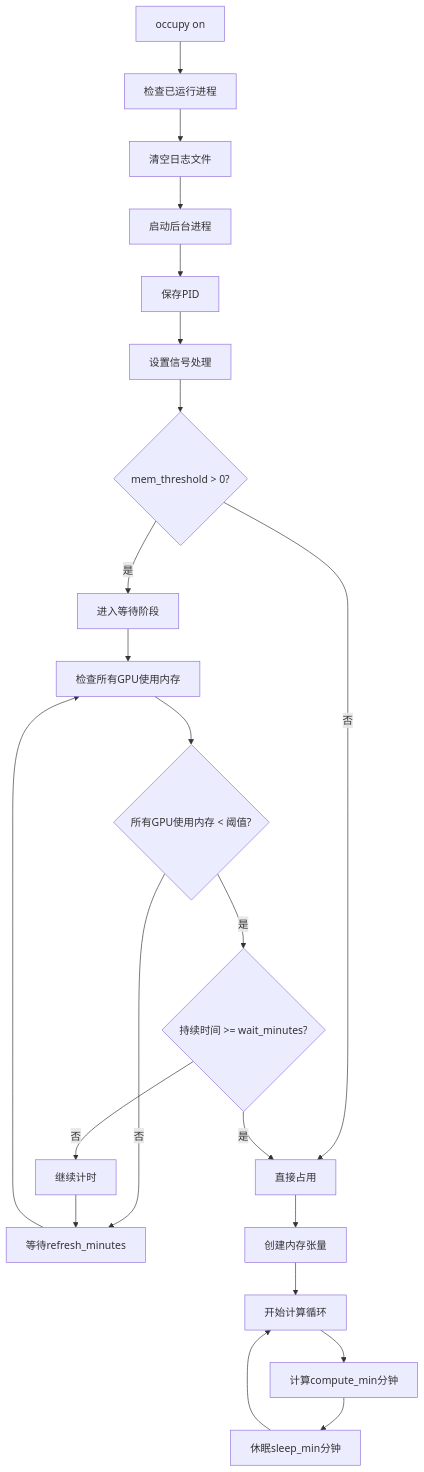
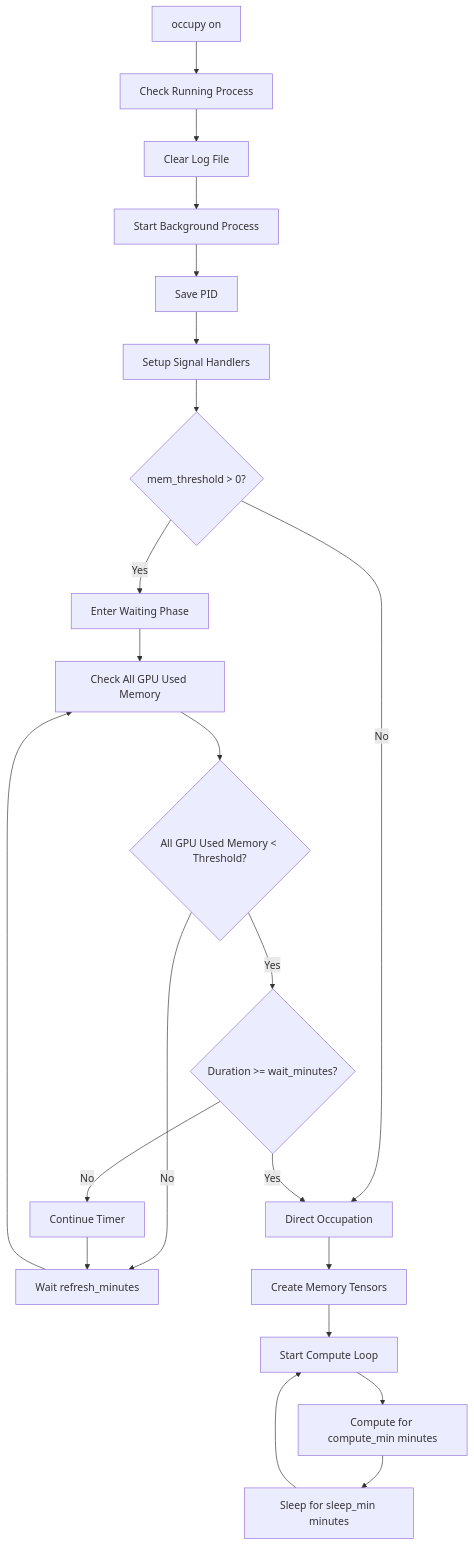
The diagram in README.md (X1AOX1A/silicon-shepherd), drawn with Mermaid before and after one commit. The commit also changed other lines of this file, not shown here.

````diff
--- a/README.md
+++ b/README.md
@@ -103,29 +103,29 @@
 ```mermaid
 graph TD
-    A[occupy on] --> B[检查已运行进程]
-    B --> C[清空日志文件]
-    C --> D[启动后台进程]
-    D --> E[保存PID]
-    E --> F[设置信号处理]
+    A[occupy on] --> B[Check Running Process]
+    B --> C[Clear Log File]
+    C --> D[Start Background Process]
+    D --> E[Save PID]
+    E --> F[Setup Signal Handlers]
     F --> G{mem_threshold > 0?}
 
-    G -->|是| H[进入等待阶段]
-    G -->|否| M[直接占用]
+    G -->|Yes| H[Enter Waiting Phase]
+    G -->|No| M[Direct Occupation]
 
-    H --> I[检查所有GPU使用内存]
-    I --> J{所有GPU使用内存 < 阈值?}
+    H --> I[Check All GPU Used Memory]
+    I --> J{All GPU Used Memory < Threshold?}
 
-    J -->|否| K[等待refresh_minutes]
+    J -->|No| K[Wait refresh_minutes]
     K --> I
 
-    J -->|是| L{持续时间 >= wait_minutes?}
-    L -->|否| N[继续计时]
+    J -->|Yes| L{Duration >= wait_minutes?}
+    L -->|No| N[Continue Timer]
     N --> K
-    L -->|是| M
+    L -->|Yes| M
 
-    M --> O[创建内存张量]
-    O --> P[开始计算循环]
-    P --> Q[计算compute_min分钟]
-    Q --> R[休眠sleep_min分钟]
+    M --> O[Create Memory Tensors]
+    O --> P[Start Compute Loop]
+    P --> Q[Compute for compute_min minutes]
+    Q --> R[Sleep for sleep_min minutes]
     R --> P
 ```
````
